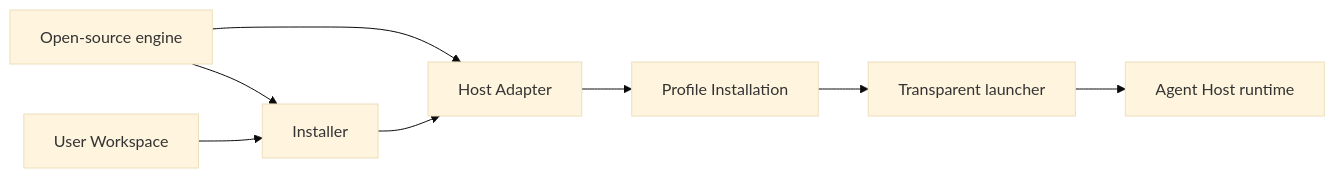
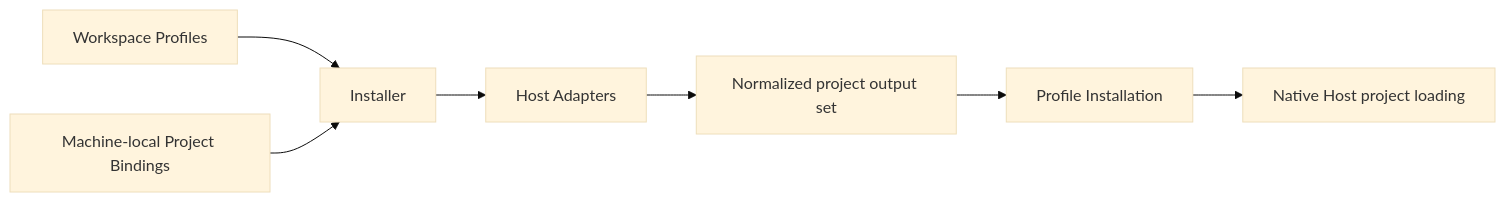
The diagram in docs/ARCHITECTURE.md (kenneth-liao/agent-profile-kit), drawn with Mermaid (base theme) before and after one commit. The commit also changed other lines of this file and 13 other files, not shown here.

Commit message:
docs: adopt project-bound profile architecture

````diff
--- a/docs/ARCHITECTURE.md
+++ b/docs/ARCHITECTURE.md
@@ -56,10 +35,9 @@
 ```mermaid
 flowchart LR
-    E["Open-source engine"] --> I["Installer"]
-    S["User Workspace"] --> I
-    E --> A["Host Adapter"]
-    I --> A
-    A --> H["Profile Installation"]
-    H --> L["Transparent launcher"]
-    L --> R["Agent Host runtime"]
+    W["Workspace Profiles"] --> I["Installer"]
+    B["Machine-local Project Bindings"] --> I
+    I --> A["Host Adapters"]
+    A --> O["Normalized project output set"]
+    O --> P["Profile Installation"]
+    P --> H["Native Host project loading"]
 ```
````
